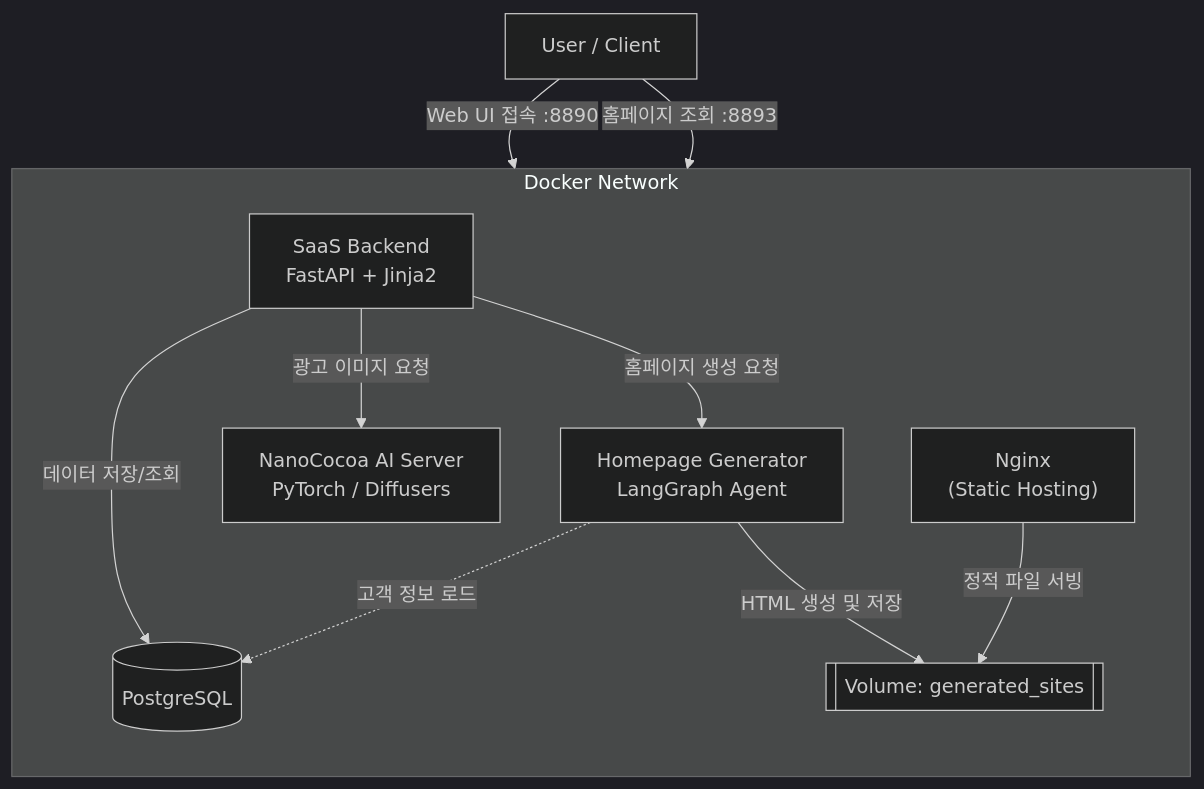
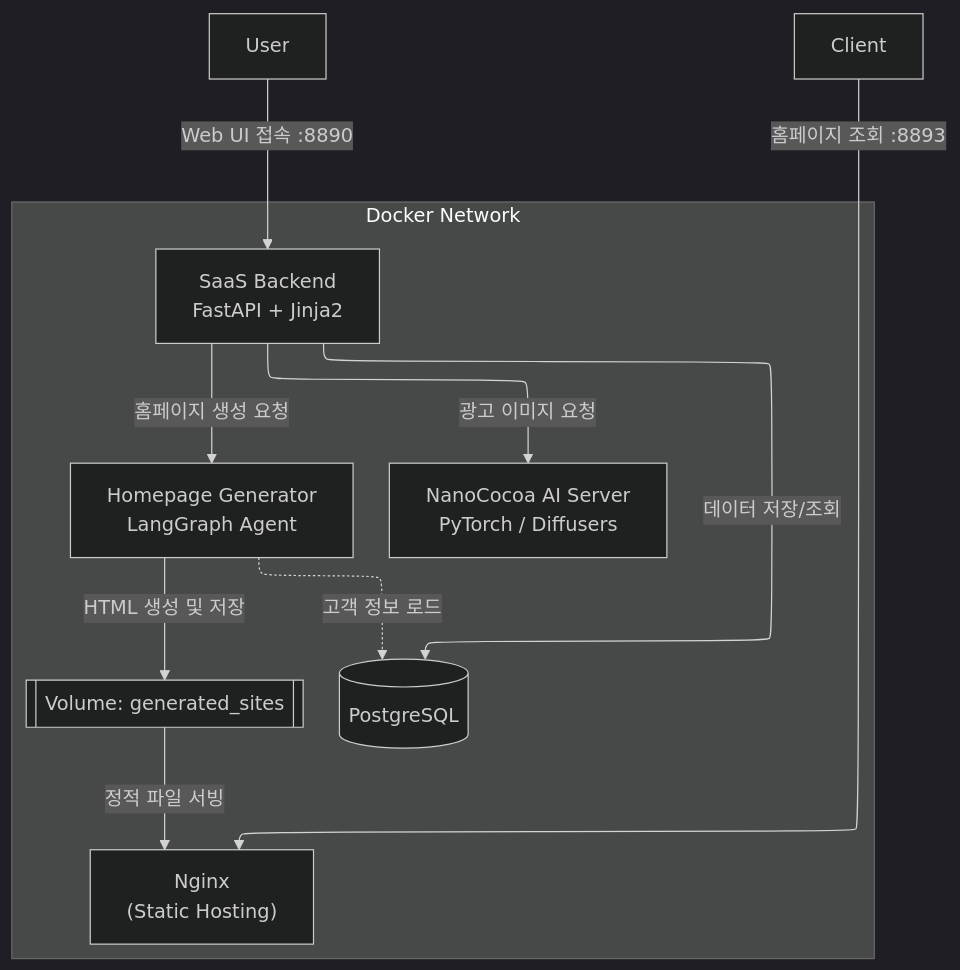
Before and after one commit to krapnuyij/codeit-ai-3team-ad-content: the diagram in src/README.md, drawn with Mermaid (dark theme).

````diff
--- a/src/README.md
+++ b/src/README.md
@@ -29,30 +29,24 @@
 ```mermaid
-graph TD
-    User["User / Client"]
-    
-    subgraph Docker Network
-        direction TB
-        Nginx["Nginx<br/>(Static Hosting)"]
-        Backend["SaaS Backend<br/>FastAPI + Jinja2"]
-        HP_Gen["Homepage Generator<br/>LangGraph Agent"]
-        Nano["NanoCocoa AI Server<br/>PyTorch / Diffusers"]
+---
+config:
+  layout: elk
+---
+flowchart TB
+ subgraph subGraph0["Docker Network"]
+    direction TB
+        Nginx["Nginx<br>(Static Hosting)"]
+        Backend["SaaS Backend<br>FastAPI + Jinja2"]
+        HP_Gen["Homepage Generator<br>LangGraph Agent"]
+        Nano["NanoCocoa AI Server<br>PyTorch / Diffusers"]
         DB[("PostgreSQL")]
-        
-        %% Volumes
         Vol_Sites[["Volume: generated_sites"]]
-    end
-    
-    %% Flows
-    User -->|Web UI 접속 :8890| Backend
-    User -->|홈페이지 조회 :8893| Nginx
-    
-    Backend -->|광고 이미지 요청| Nano
-    Backend -->|홈페이지 생성 요청| HP_Gen
-    Backend -->|데이터 저장/조회| DB
-    
-    HP_Gen -->|HTML 생성 및 저장| Vol_Sites
-    Nginx -->|정적 파일 서빙| Vol_Sites
-    
-    %% Config Dependencies
-    HP_Gen -.->|고객 정보 로드| DB
+  end
+    User["User"] -- Web UI 접속 :8890 --> Backend
+    Client["Client"] -- 홈페이지 조회 :8893 --> Nginx
+    Backend -- 광고 이미지 요청 --> Nano
+    Backend -- 홈페이지 생성 요청 --> HP_Gen
+    Backend -- 데이터 저장/조회 --> DB
+    HP_Gen -- HTML 생성 및 저장 --> Vol_Sites
+    Vol_Sites -- 정적 파일 서빙 --> Nginx
+    HP_Gen -. 고객 정보 로드 .-> DB
 ```
````
